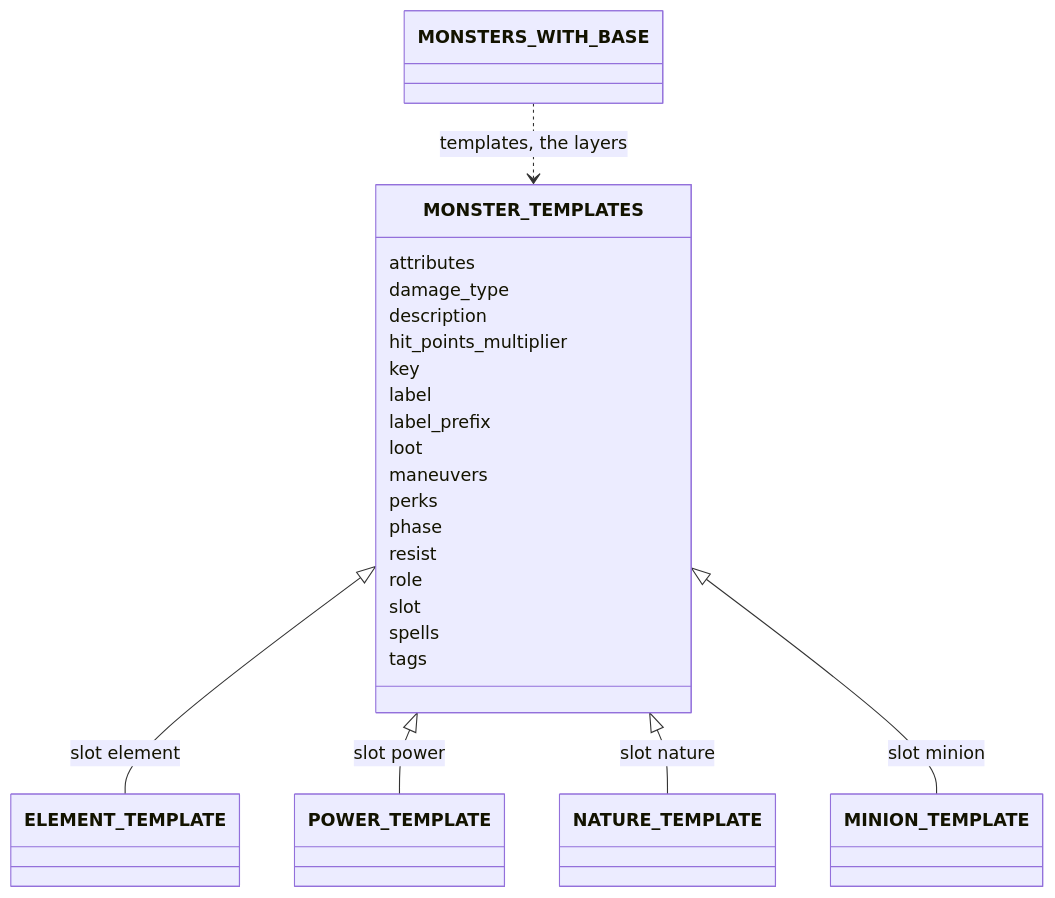
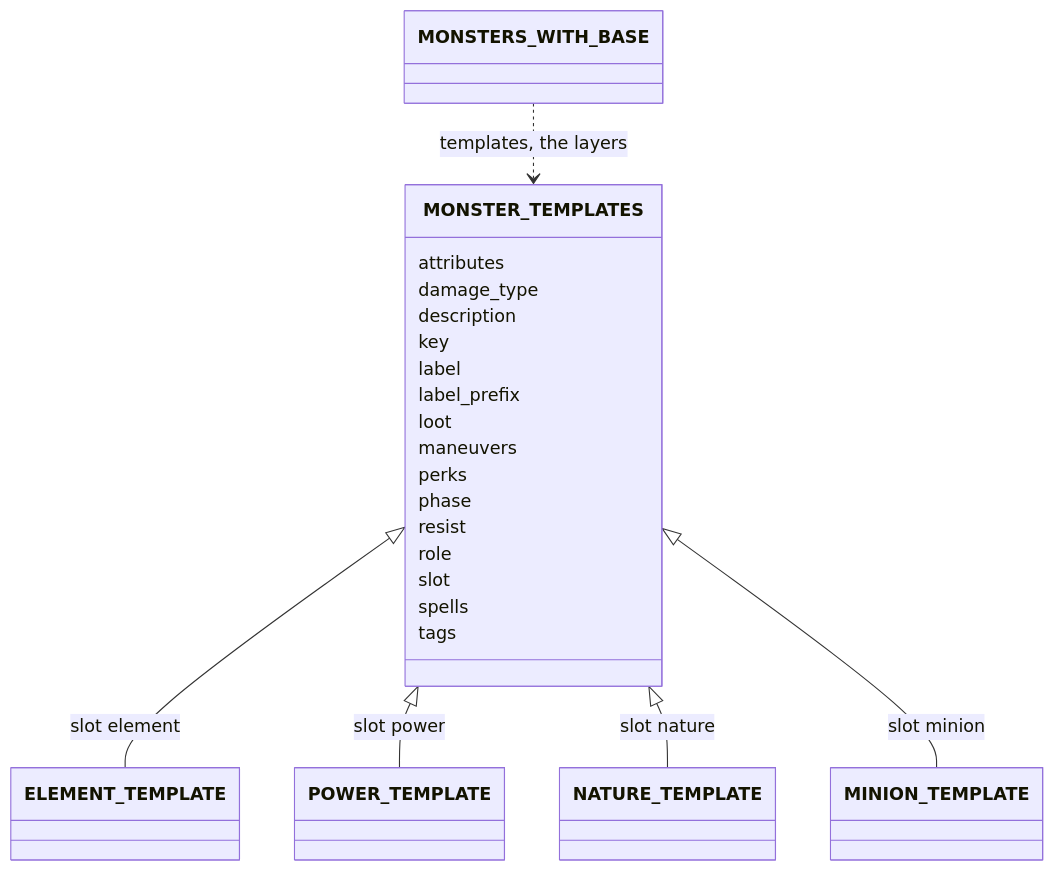
One commit to SETA1609/riftweave-core changed the seventh of 7 diagrams in docs/core/composition-diagram.md. Above: the diagram before and after it, drawn with Mermaid. The commit also changed other lines of this file and 37 other files, not shown here.

First line of the commit message:
DE_S02_03 Data: drop every stored hitPoints and hitPointsPerLevel; the sheet computes HP by role

````diff
--- a/docs/core/composition-diagram.md
+++ b/docs/core/composition-diagram.md
@@ -231,26 +230,25 @@
 ```mermaid
 classDiagram
     class MONSTER_TEMPLATES {
         attributes
         damage_type
         description
-        hit_points_multiplier
         key
         label
         label_prefix
         loot
         maneuvers
         perks
         phase
         resist
         role
         slot
         spells
         tags
     }
     MONSTER_TEMPLATES <|-- ELEMENT_TEMPLATE : slot element
     MONSTER_TEMPLATES <|-- POWER_TEMPLATE : slot power
     MONSTER_TEMPLATES <|-- NATURE_TEMPLATE : slot nature
     MONSTER_TEMPLATES <|-- MINION_TEMPLATE : slot minion
     MONSTERS_WITH_BASE ..> MONSTER_TEMPLATES : templates, the layers
 ```
````
